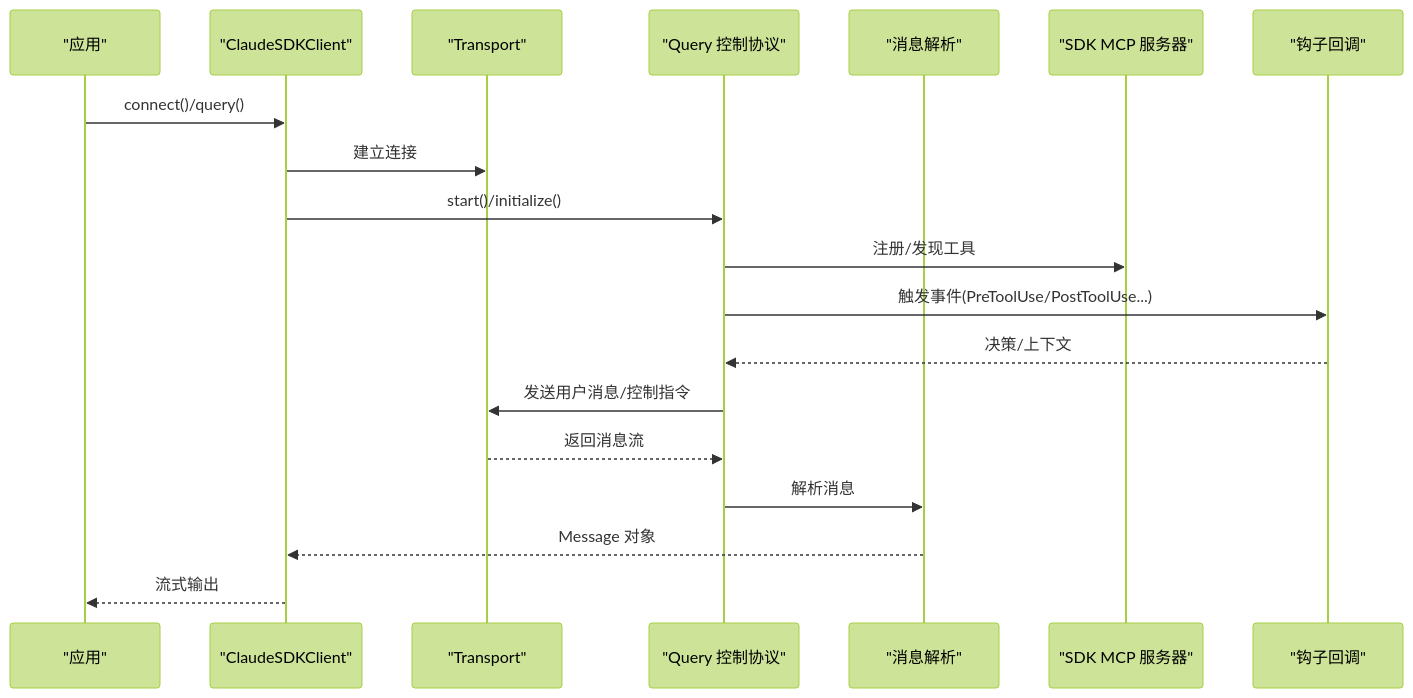
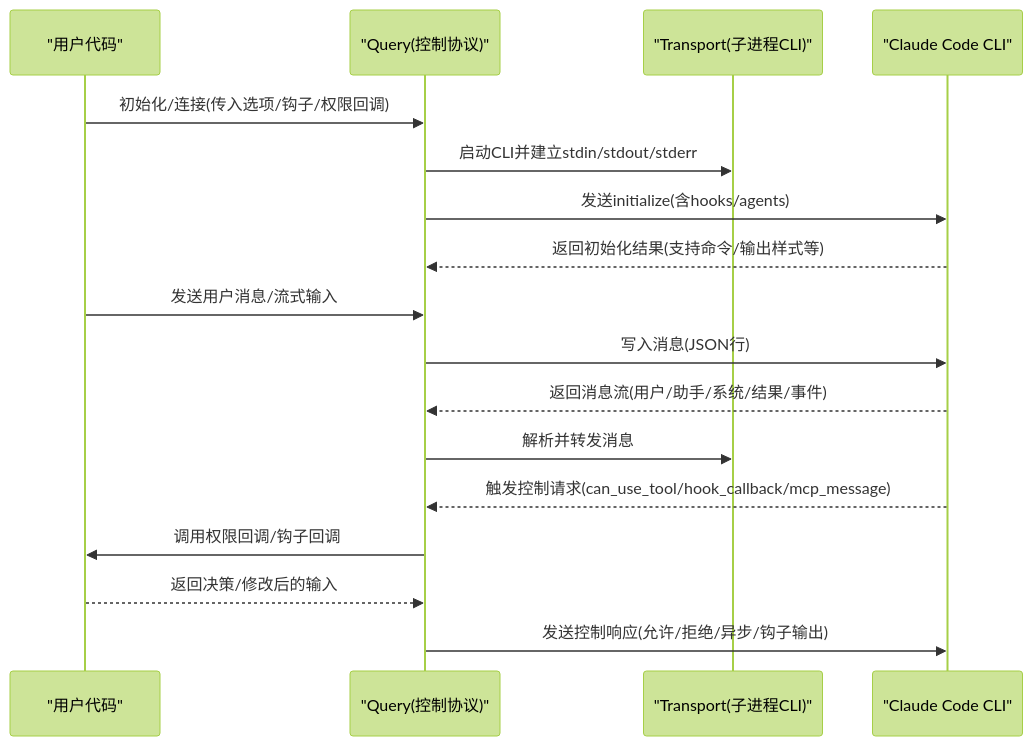
Before and after one commit to defulat-coder/claude-agent-sdk-python: the second of 8 diagrams in .qoder/repowiki/zh/content/高级功能/高级功能.md, drawn with Mermaid (forest theme). The commit also changed other lines of this file and 77 other files, not shown here.

````diff
--- a/.qoder/repowiki/zh/content/高级功能/高级功能.md
+++ b/.qoder/repowiki/zh/content/高级功能/高级功能.md
@@ -85,21 +133,19 @@
 ```mermaid
 sequenceDiagram
-participant App as "应用"
-participant Client as "ClaudeSDKClient"
-participant Transport as "Transport"
-participant Query as "Query 控制协议"
-participant Parser as "消息解析"
-participant MCP as "SDK MCP 服务器"
-participant Hooks as "钩子回调"
-App->>Client : connect()/query()
-Client->>Transport : 建立连接
-Client->>Query : start()/initialize()
-Query->>MCP : 注册/发现工具
-Query->>Hooks : 触发事件(PreToolUse/PostToolUse...)
-Hooks-->>Query : 决策/上下文
-Query->>Transport : 发送用户消息/控制指令
-Transport-->>Query : 返回消息流
-Query->>Parser : 解析消息
-Parser-->>Client : Message 对象
-Client-->>App : 流式输出
+participant U as "用户代码"
+participant Q as "Query(控制协议)"
+participant T as "Transport(子进程CLI)"
+participant CLI as "Claude Code CLI"
+U->>Q : 初始化/连接(传入选项/钩子/权限回调)
+Q->>T : 启动CLI并建立stdin/stdout/stderr
+Q->>CLI : 发送initialize(含hooks/agents)
+CLI-->>Q : 返回初始化结果(支持命令/输出样式等)
+U->>Q : 发送用户消息/流式输入
+Q->>CLI : 写入消息(JSON行)
+CLI-->>Q : 返回消息流(用户/助手/系统/结果/事件)
+Q->>T : 解析并转发消息
+CLI-->>Q : 触发控制请求(can_use_tool/hook_callback/mcp_message)
+Q->>U : 调用权限回调/钩子回调
+U-->>Q : 返回决策/修改后的输入
+Q->>CLI : 发送控制响应(允许/拒绝/异步/钩子输出)
 ```
````
